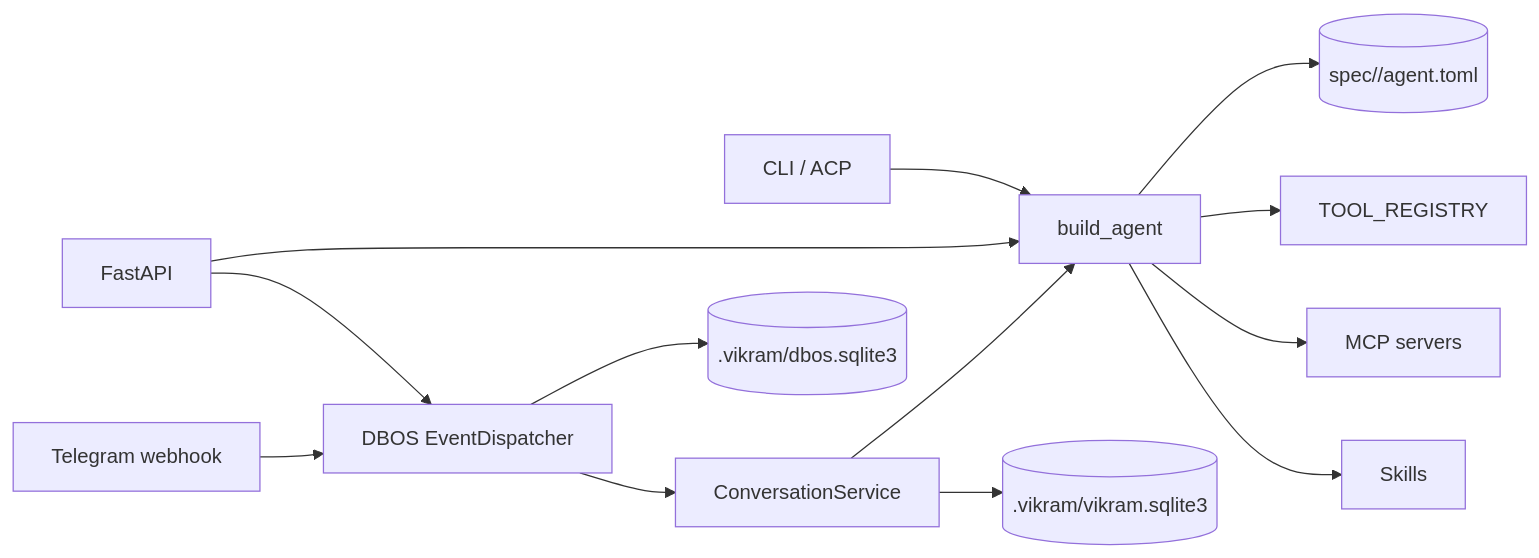
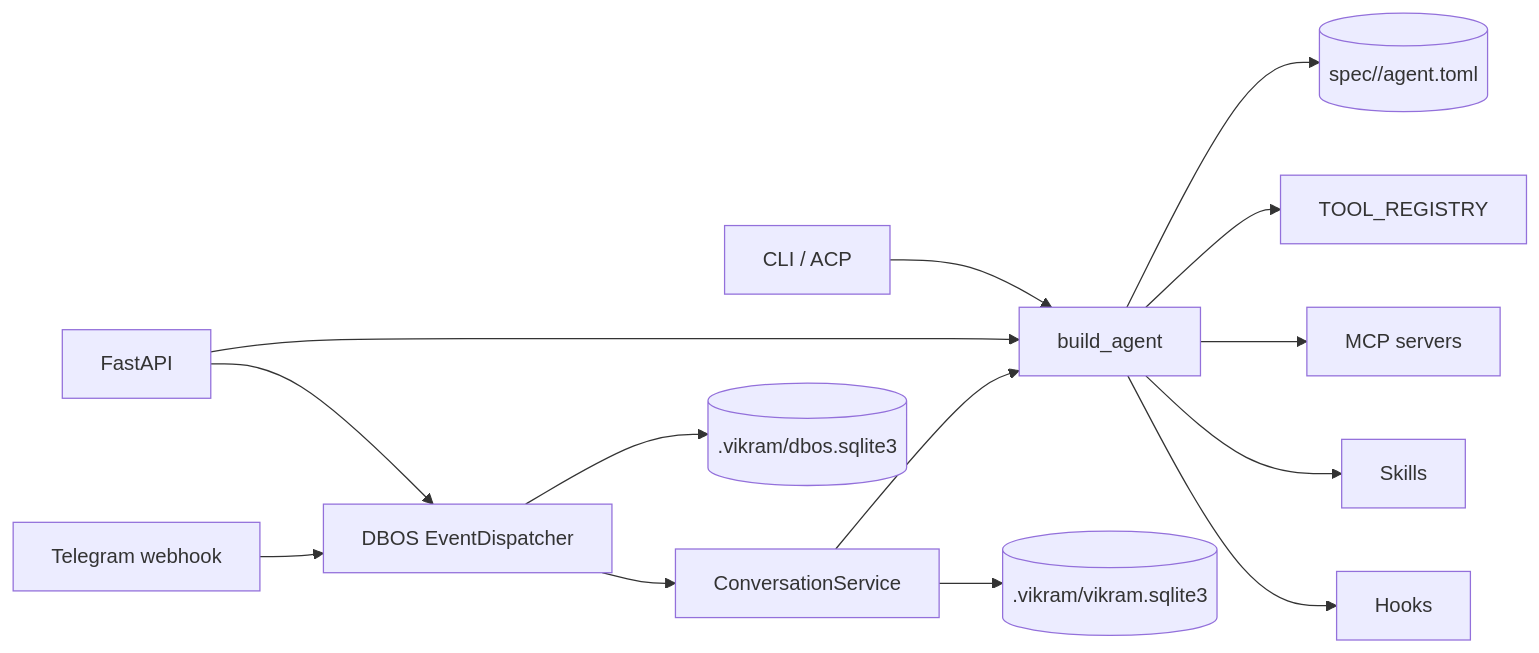
One commit to raniendu/vikram changed the diagram in docs/current_architecture.md. Above: the diagram before and after it, drawn with Mermaid. The commit also changed other lines of this file and 11 other files, not shown here.

````diff
--- a/docs/current_architecture.md
+++ b/docs/current_architecture.md
@@ -5,15 +5,16 @@
 ```mermaid
 flowchart LR
     cli[CLI / ACP] --> factory[build_agent]
     http[FastAPI] --> factory
     http --> dispatch[DBOS EventDispatcher]
     telegram[Telegram webhook] --> dispatch
     dispatch --> service[ConversationService]
     service --> factory
     factory --> spec[(spec/<agent>/agent.toml)]
     factory --> tools[TOOL_REGISTRY]
     factory --> mcp[MCP servers]
     factory --> skills[Skills]
+    factory --> hooks[Hooks]
     service --> store[(.vikram/vikram.sqlite3)]
     dispatch --> dbos[(.vikram/dbos.sqlite3)]
 ```
````
